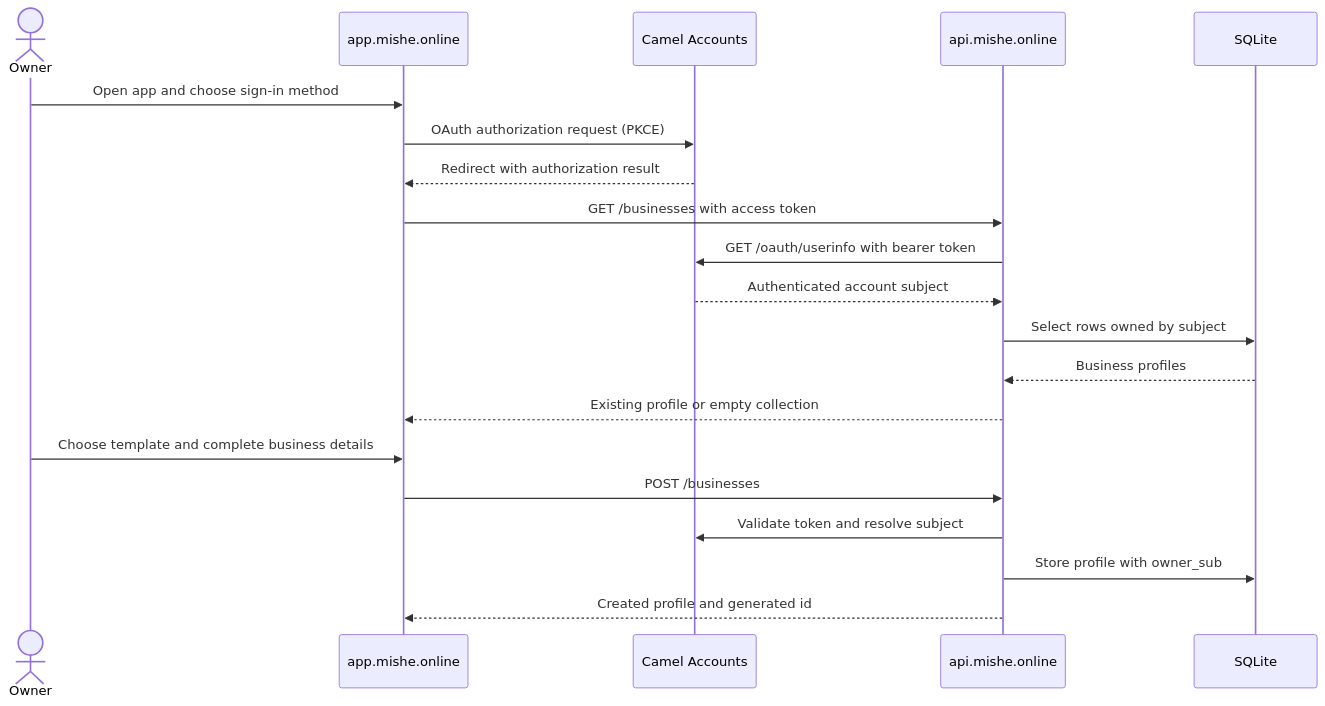
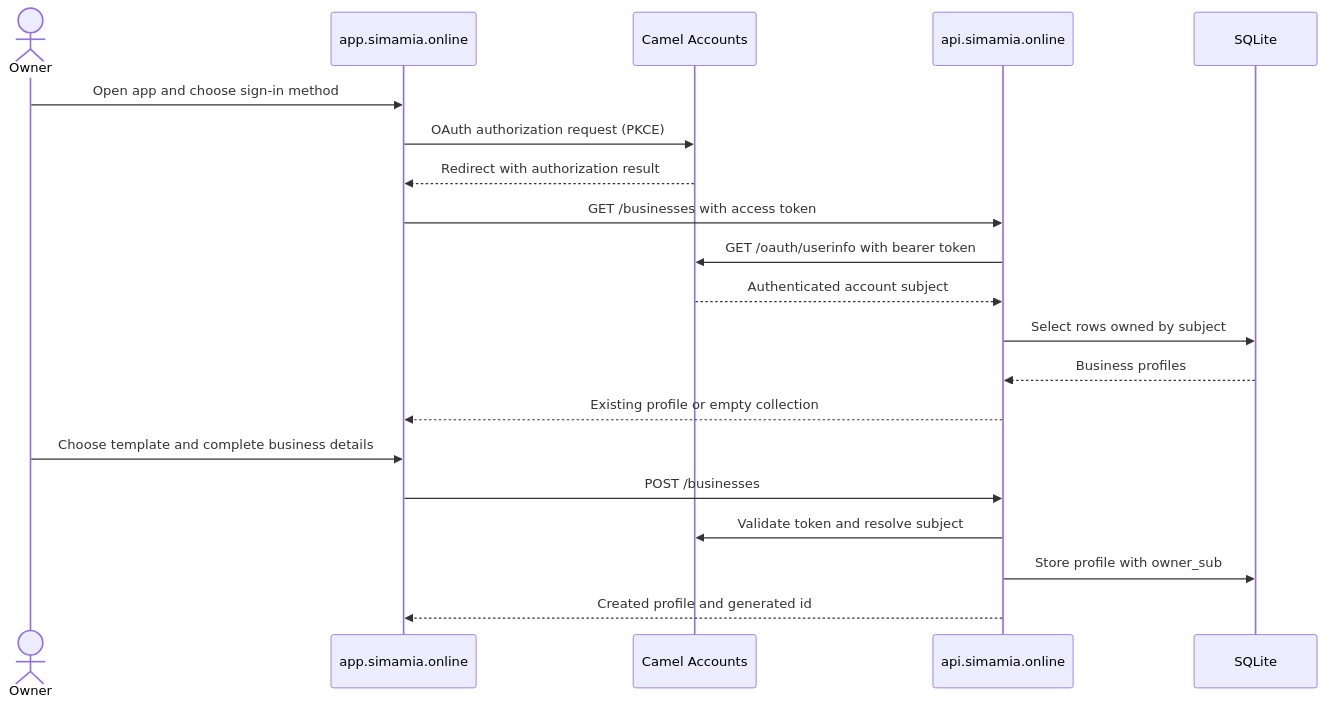
The second of 3 diagrams in docs-site/app/architecture/page.mdx (troubleman96/SIMAMIA-free), drawn with Mermaid before and after one commit. The commit also changed other lines of this file and 46 other files, not shown here.

````diff
--- a/docs-site/app/architecture/page.mdx
+++ b/docs-site/app/architecture/page.mdx
@@ -36,22 +36,22 @@
 ```mermaid
 sequenceDiagram
   actor Owner
-  participant App as app.mishe.online
+  participant App as app.simamia.online
   participant Accounts as Camel Accounts
-  participant API as api.mishe.online
+  participant API as api.simamia.online
   participant DB as SQLite
   Owner->>App: Open app and choose sign-in method
   App->>Accounts: OAuth authorization request (PKCE)
   Accounts-->>App: Redirect with authorization result
   App->>API: GET /businesses with access token
   API->>Accounts: GET /oauth/userinfo with bearer token
   Accounts-->>API: Authenticated account subject
   API->>DB: Select rows owned by subject
   DB-->>API: Business profiles
   API-->>App: Existing profile or empty collection
   Owner->>App: Choose template and complete business details
   App->>API: POST /businesses
   API->>Accounts: Validate token and resolve subject
   API->>DB: Store profile with owner_sub
   API-->>App: Created profile and generated id
 ```
````
